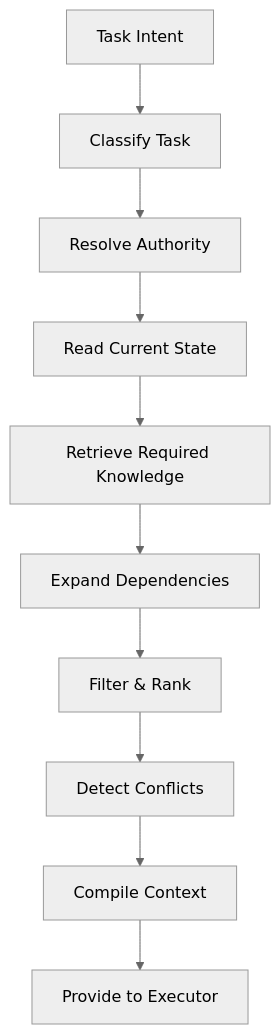
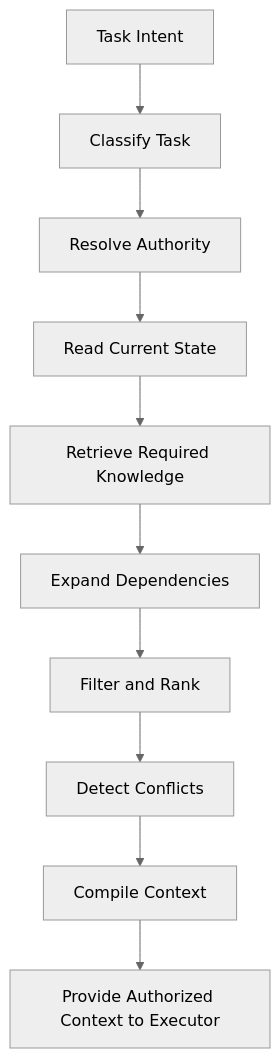
One commit to donghp/beyond-vibe-coding changed the second of 5 diagrams in docs/architecture.md. Above: the diagram before and after it, drawn with Mermaid (neutral theme). The commit also changed other lines of this file, not shown here.

First line of the commit message:
Revise architecture document for clarity and updates

````diff
--- a/docs/architecture.md
+++ b/docs/architecture.md
@@ -94,12 +103,12 @@
 ```mermaid
 flowchart TD
     A["Task Intent"] --> B["Classify Task"]
     B --> C["Resolve Authority"]
     C --> D["Read Current State"]
     D --> E["Retrieve Required Knowledge"]
     E --> F["Expand Dependencies"]
-    F --> G["Filter & Rank"]
+    F --> G["Filter and Rank"]
     G --> H["Detect Conflicts"]
     H --> I["Compile Context"]
-    I --> J["Provide to Executor"]
+    I --> J["Provide Authorized Context to Executor"]
 ```
````
